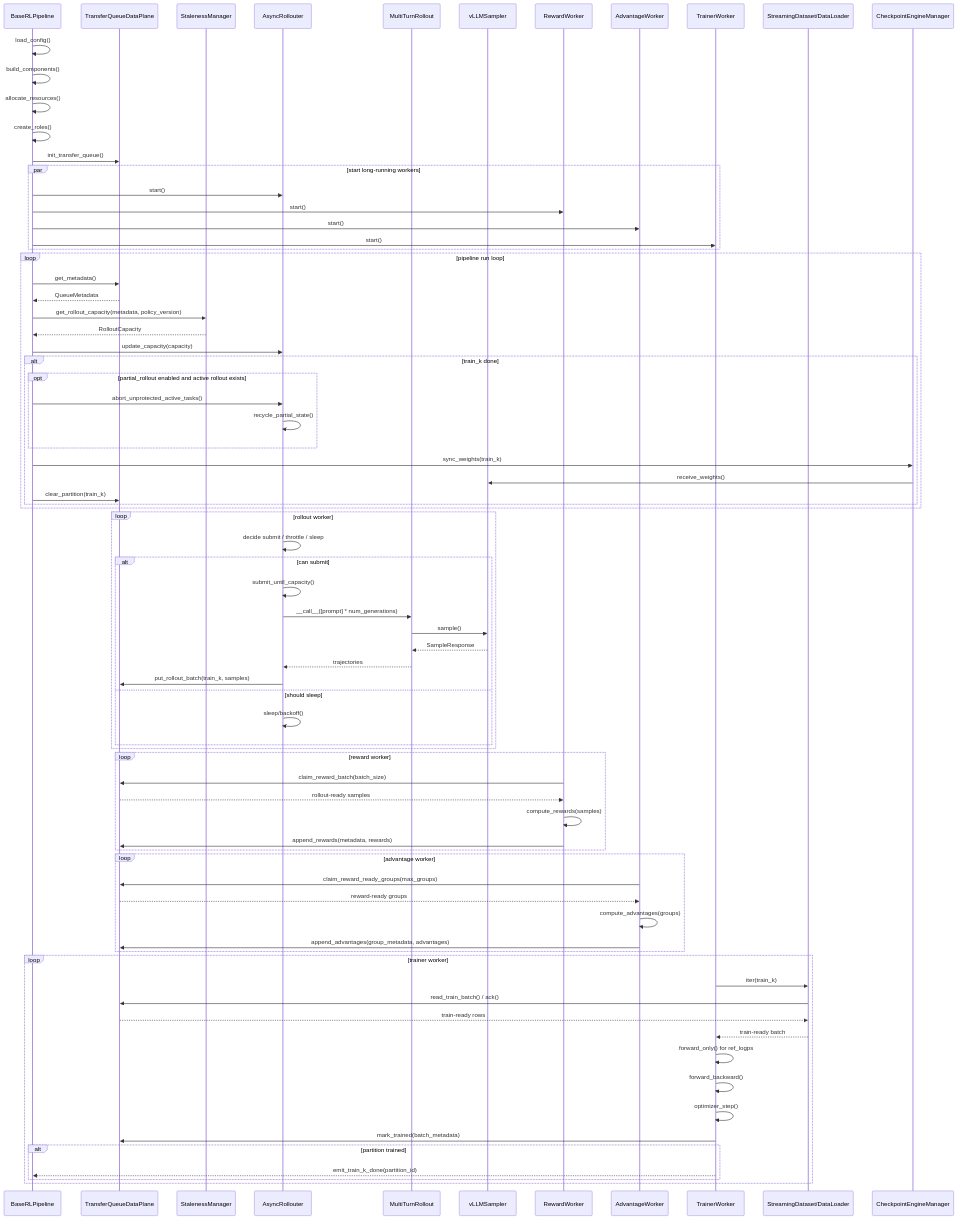
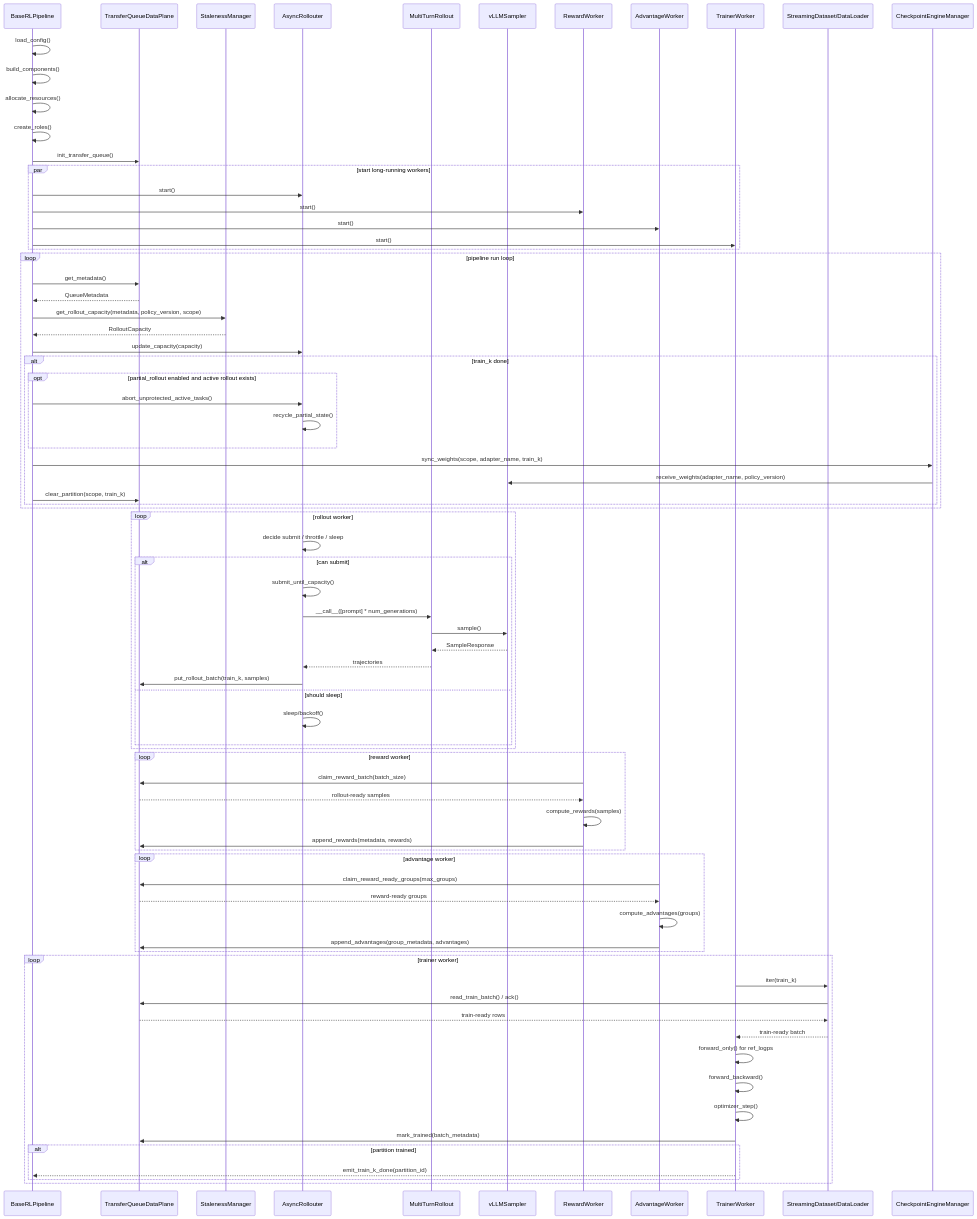
The second of 2 diagrams in docs/source_zh/组件/Gym/详细设计.md (meichangsu1/twinkle), drawn with Mermaid before and after one commit. The commit also changed other lines of this file and 3 other files, not shown here.

```diff
--- a/docs/source_zh/组件/Gym/详细设计.md
+++ b/docs/source_zh/组件/Gym/详细设计.md
@@ -354,7 +393,7 @@
     loop pipeline run loop
         P->>Q: get_metadata()
         Q-->>P: QueueMetadata
-        P->>S: get_rollout_capacity(metadata, policy_version)
+        P->>S: get_rollout_capacity(metadata, policy_version, scope)
         S-->>P: RolloutCapacity
         P->>R: update_capacity(capacity)
 
@@ -363,9 +402,9 @@
                 P->>R: abort_unprotected_active_tasks()
                 R->>R: recycle_partial_state()
             end
-            P->>C: sync_weights(train_k)
-            C->>V: receive_weights()
-            P->>Q: clear_partition(train_k)
+            P->>C: sync_weights(scope, adapter_name, train_k)
+            C->>V: receive_weights(adapter_name, policy_version)
+            P->>Q: clear_partition(scope, train_k)
         end
     end
 
```
